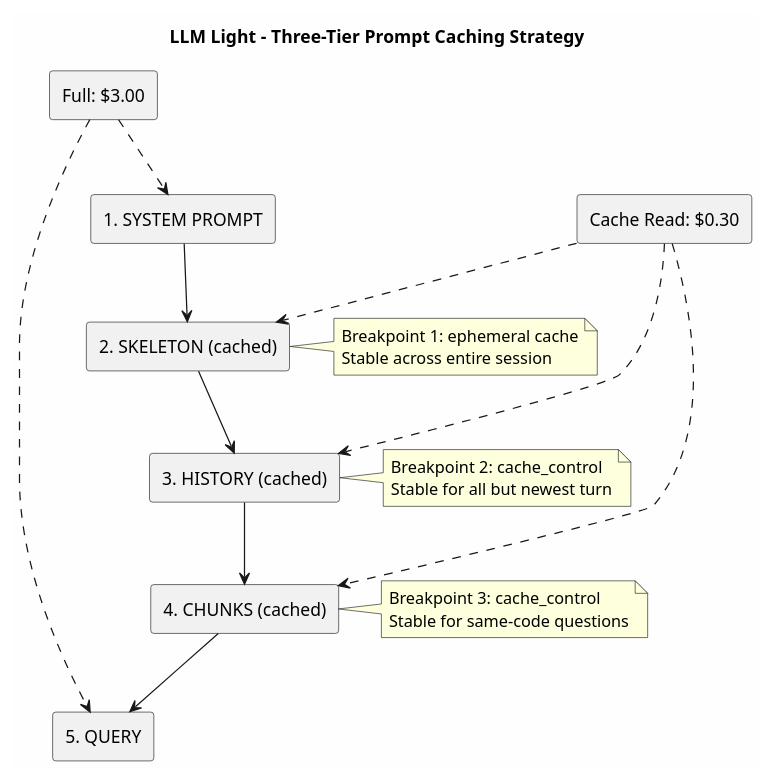
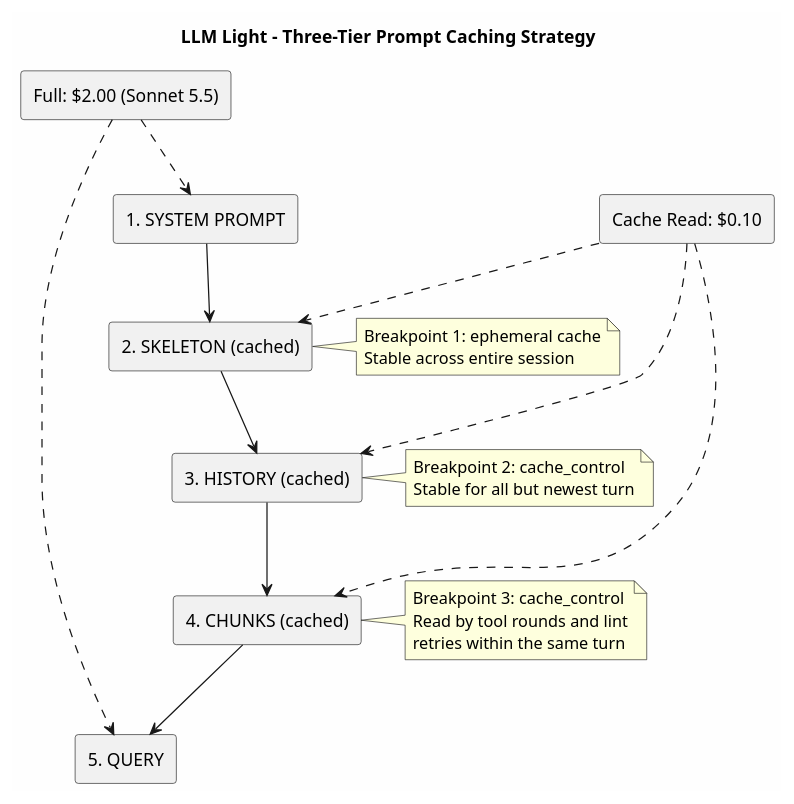
The diagram in docs/plantuml/caching_diagram.puml (PIsberg/llm-light), drawn with PlantUML before and after one commit. The commit also changed 19 other files, not shown here.

```diff
--- a/docs/plantuml/caching_diagram.puml
+++ b/docs/plantuml/caching_diagram.puml
@@ -1,41 +1,42 @@
 @startuml LLM_Light_Caching_Diagram
 title LLM Light - Three-Tier Prompt Caching Strategy
 
 skinparam backgroundColor #FEFEFE
 
 rectangle "1. SYSTEM PROMPT" as SystemPrompt
 rectangle "2. SKELETON (cached)" as Skeleton
 rectangle "3. HISTORY (cached)" as History
 rectangle "4. CHUNKS (cached)" as Chunks
 rectangle "5. QUERY" as Query
 
 SystemPrompt --> Skeleton
 Skeleton --> History
 History --> Chunks
 Chunks --> Query
 
 note right of Skeleton
   Breakpoint 1: ephemeral cache
   Stable across entire session
 end note
 
 note right of History
   Breakpoint 2: cache_control
   Stable for all but newest turn
 end note
 
 note right of Chunks
   Breakpoint 3: cache_control
-  Stable for same-code questions
+  Read by tool rounds and lint
+  retries within the same turn
 end note
 
-rectangle "Full: $3.00" as FullPrice
-rectangle "Cache Read: $0.30" as CacheRead
+rectangle "Full: $2.00 (Sonnet 5.5)" as FullPrice
+rectangle "Cache Read: $0.10" as CacheRead
 
 FullPrice ..> SystemPrompt
 FullPrice ..> Query
 CacheRead ..> Skeleton
 CacheRead ..> History
 CacheRead ..> Chunks
 
 @enduml
```
